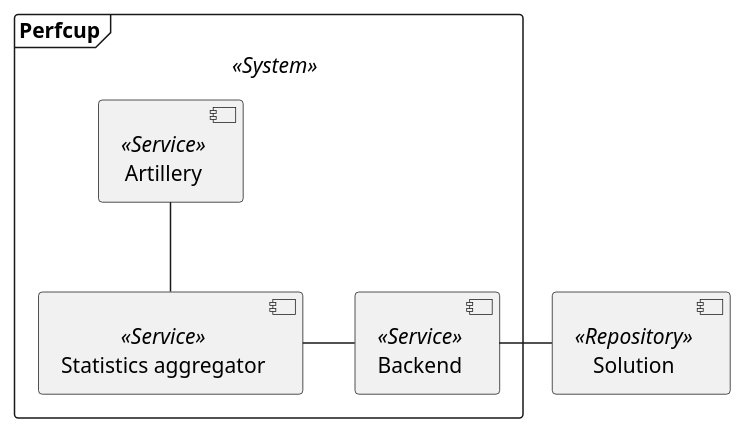
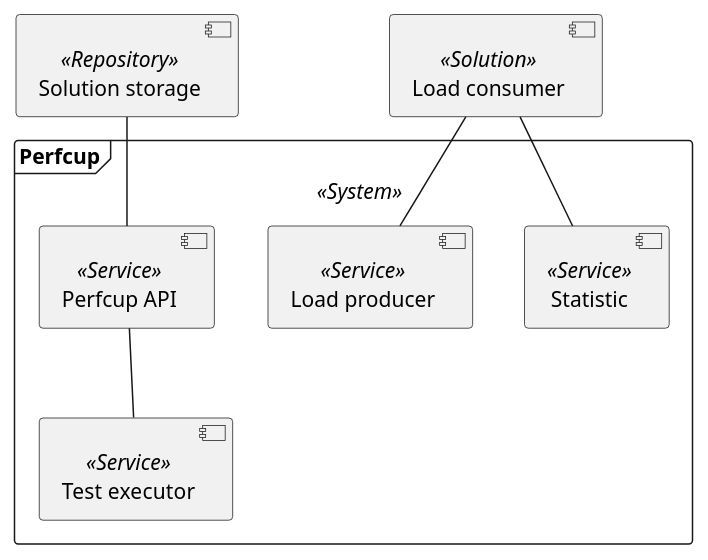
Before and after one commit to yanchumak/perfcup: the diagram in doc/sad/05_building_block_view.adoc, drawn with PlantUML. The commit also changed other lines of this file and 4 other files, not shown here.

```diff
--- a/doc/sad/05_building_block_view.adoc
+++ b/doc/sad/05_building_block_view.adoc
@@ -6,17 +6,20 @@
 [plantuml, building-block-level-0, png]
 ....
 @startuml
 frame "Perfcup" <<System>> {
-    component "Backend" <<Service>> as bs
-    component "Artillery" <<Service>> as as
-    component "Statistics aggregator" <<Service>> as ss
+    component "Perfcup API" <<Service>> as api
+    component "Load producer" <<Service>> as prod
+    component "Statistic" <<Service>> as stat
+    component "Test executor" <<Service>> as test_exec
 }
 
-component "Solution" <<Repository>> as sr
+component "Solution storage" <<Repository>> as repo
+component "Load consumer" <<Solution>> as cons
 
-sr -left- bs
-ss -right- bs
-ss -up- as
+api -up- repo
+cons -- prod
+stat -- cons
+api -down- test_exec
 
 @enduml
 ....
```
